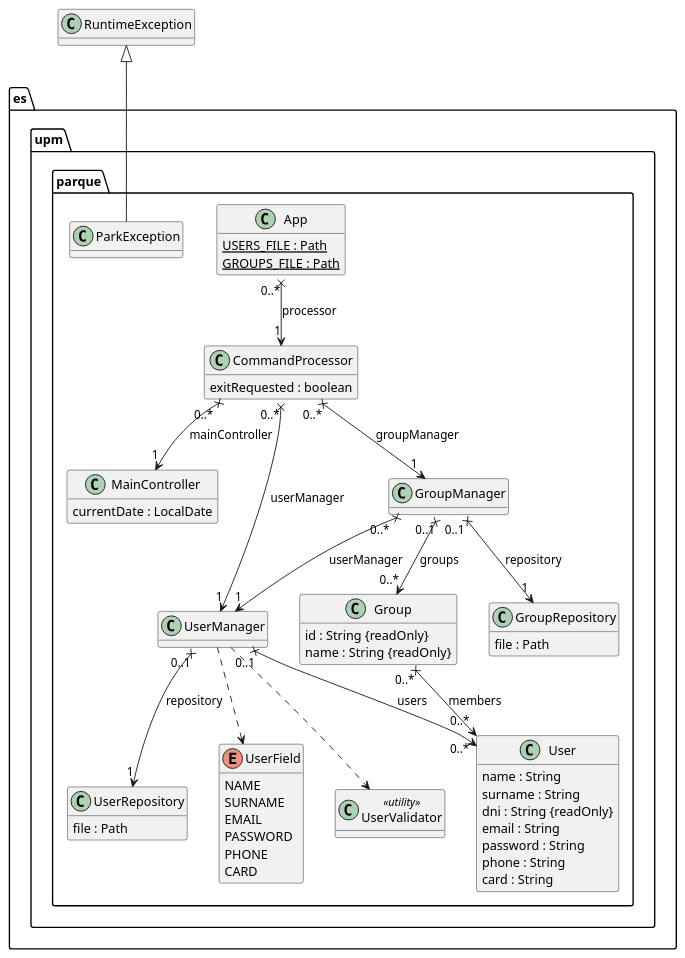
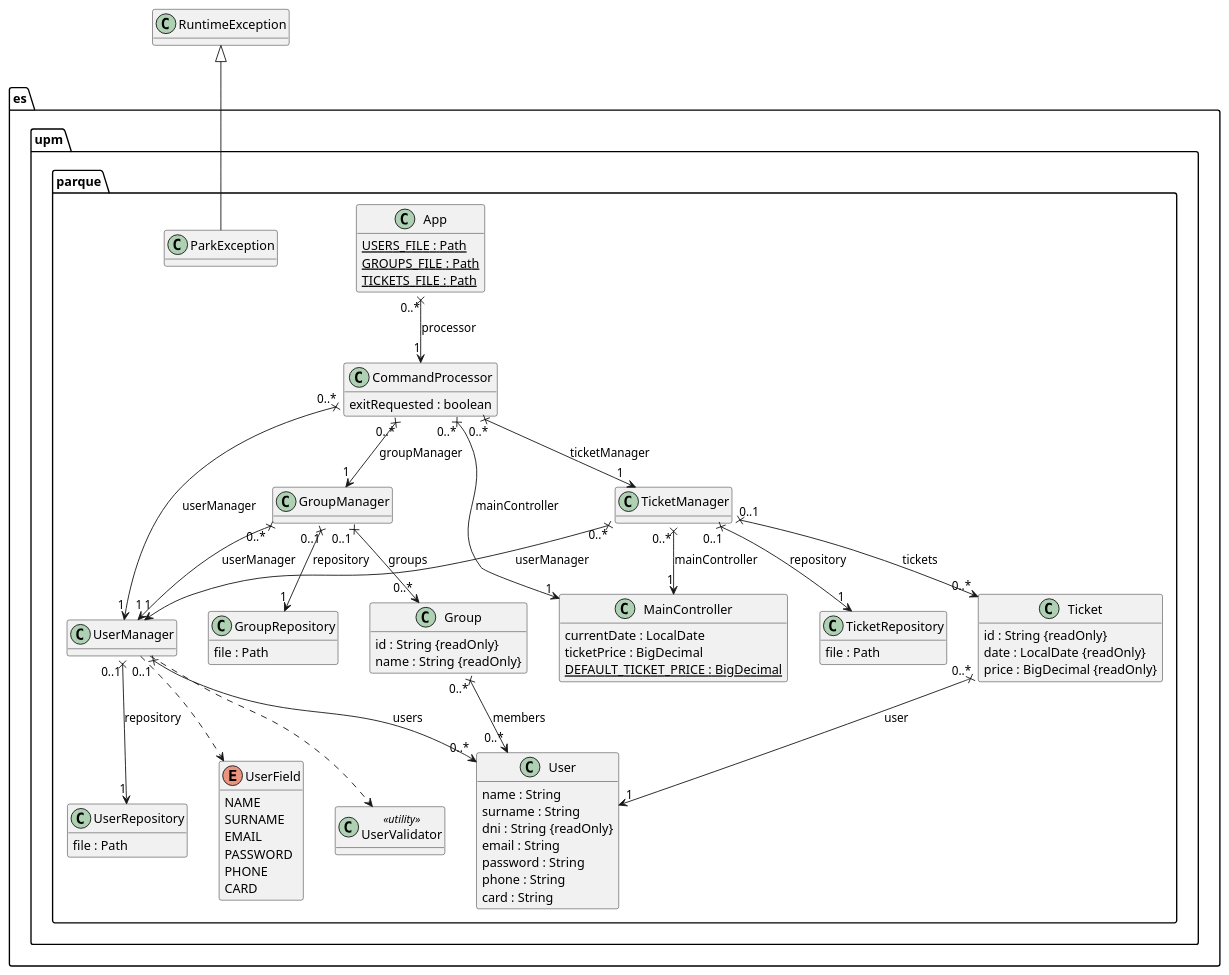
One commit to skai-upm/caise27 changed the diagram in uml/model.puml. Above: the diagram before and after it, drawn with PlantUML. The commit also changed 21 other files, not shown here.

```diff
--- a/uml/model.puml
+++ b/uml/model.puml
@@ -1,75 +1,95 @@
 @startuml model
 ' Class model of the amusement park application (es.upm.parque).
 ' Attributes show only primitive and enumeration values; references to other
 ' classes are drawn as associations named after the attribute that holds them.
 ' The "x" end marks the class that does not know the other one.
 hide empty methods
 skinparam classAttributeIconSize 0
 
 package es.upm.parque {
 
   class App {
     {static} USERS_FILE : Path
     {static} GROUPS_FILE : Path
+    {static} TICKETS_FILE : Path
   }
 
   class CommandProcessor {
     exitRequested : boolean
   }
 
   class MainController {
     currentDate : LocalDate
+    ticketPrice : BigDecimal
+    {static} DEFAULT_TICKET_PRICE : BigDecimal
   }
 
   class UserManager
   class UserRepository {
     file : Path
   }
 
   class GroupManager
   class GroupRepository {
     file : Path
+  }
+
+  class TicketManager
+  class TicketRepository {
+    file : Path
+  }
+
+  class Ticket {
+    id : String {readOnly}
+    date : LocalDate {readOnly}
+    price : BigDecimal {readOnly}
   }
 
   class User {
     name : String
     surname : String
     dni : String {readOnly}
     email : String
     password : String
     phone : String
     card : String
   }
 
   enum UserField {
     NAME
     SURNAME
     EMAIL
     PASSWORD
     PHONE
     CARD
   }
 
   class Group {
     id : String {readOnly}
     name : String {readOnly}
   }
 
   class UserValidator <<utility>>
   class ParkException
 }
 
 App "0..*" x--> "1" CommandProcessor : processor
 CommandProcessor "0..*" x--> "1" UserManager : userManager
 CommandProcessor "0..*" x--> "1" GroupManager : groupManager
 CommandProcessor "0..*" x--> "1" MainController : mainController
 UserManager "0..1" x--> "1" UserRepository : repository
 UserManager "0..1" x--> "0..*" User : users
 GroupManager "0..1" x--> "1" GroupRepository : repository
 GroupManager "0..*" x--> "1" UserManager : userManager
 GroupManager "0..1" x--> "0..*" Group : groups
 Group "0..*" x--> "0..*" User : members
+CommandProcessor "0..*" x--> "1" TicketManager : ticketManager
+TicketManager "0..1" x--> "1" TicketRepository : repository
+TicketManager "0..*" x--> "1" UserManager : userManager
+TicketManager "0..*" x--> "1" MainController : mainController
+TicketManager "0..1" x--> "0..*" Ticket : tickets
+Ticket "0..*" x--> "1" User : user
 RuntimeException <|-- ParkException
 UserManager ..> UserField
 UserManager ..> UserValidator
 @enduml
```
